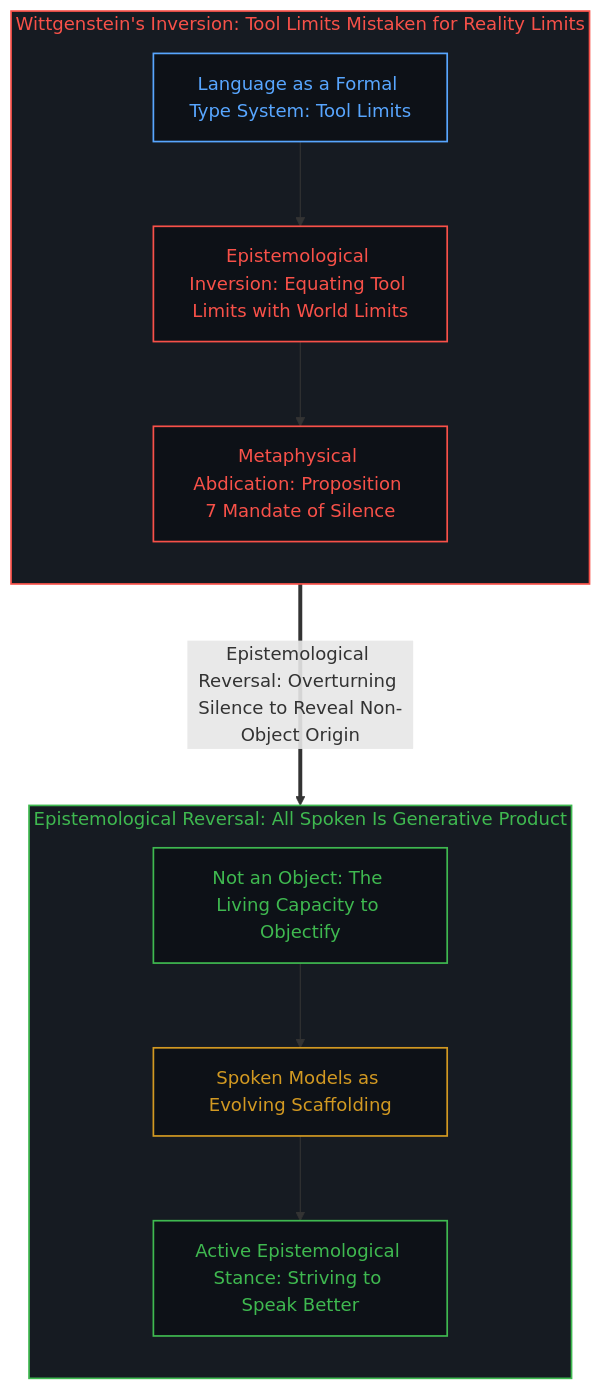
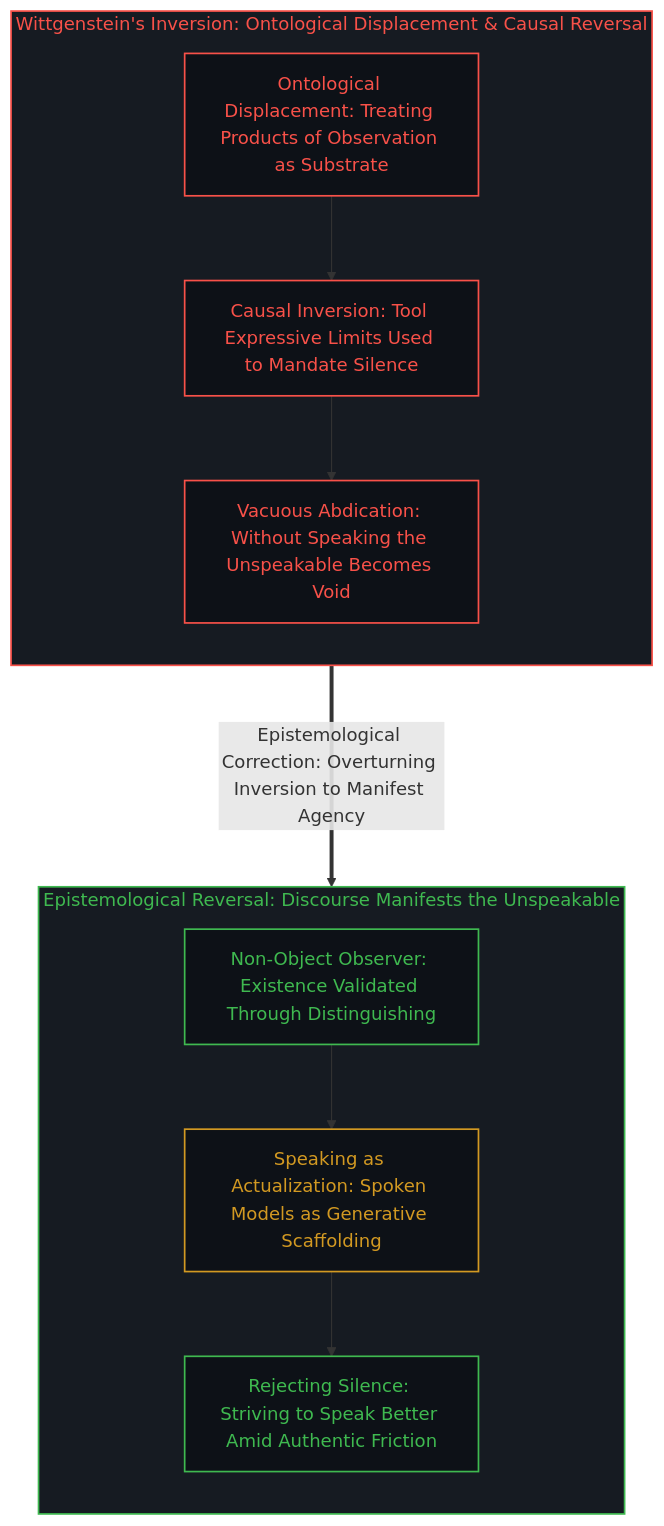
Before and after one commit to powerpig99/not-a-toe: the eighth of 10 diagrams in content/posts/all-that-can-be-spoken-is-the-product-of-the-unspeakable.md, drawn with Mermaid. The commit also changed other lines of this file and 2 other files, not shown here.

Commit message:
Refactor Section 4 to articulate Wittgenstein's causal inversion and observer-observation ontology

````diff
--- a/content/posts/all-that-can-be-spoken-is-the-product-of-the-unspeakable.md
+++ b/content/posts/all-that-can-be-spoken-is-the-product-of-the-unspeakable.md
@@ -283,29 +287,29 @@
 ```mermaid
 graph TD
     classDef default fill:#0d1117,stroke:#30363d,stroke-width:1px,color:#f0f6fc;
     classDef mind fill:#0d1117,stroke:#3fb950,stroke-width:1.5px,color:#3fb950;
     classDef failure fill:#0d1117,stroke:#f85149,stroke-width:1.5px,color:#f85149;
     classDef scaffold fill:#0d1117,stroke:#d29922,stroke-width:1.5px,color:#d29922;
     classDef model fill:#0d1117,stroke:#58a6ff,stroke-width:1.5px,color:#58a6ff;
 
-    subgraph S_Wittgenstein_EN ["Wittgenstein's Inversion: Tool Limits Mistaken for Reality Limits"]
+    subgraph S_Wittgenstein_EN ["Wittgenstein's Inversion: Ontological Displacement & Causal Reversal"]
         direction TB
-        WE1["Language as a Formal Type System: Tool Limits"]:::model
-        WE2["Epistemological Inversion: Equating Tool Limits with World Limits"]:::failure
-        WE3["Metaphysical Abdication: Proposition 7 Mandate of Silence"]:::failure
+        WE1["Ontological Displacement: Treating Products of Observation as Substrate"]:::failure
+        WE2["Causal Inversion: Tool Expressive Limits Used to Mandate Silence"]:::failure
+        WE3["Vacuous Abdication: Without Speaking the Unspeakable Becomes Void"]:::failure
         WE1 --> WE2 --> WE3
     end
 
-    subgraph S_Reconstruction_EN ["Epistemological Reversal: All Spoken Is Generative Product"]
+    subgraph S_Reconstruction_EN ["Epistemological Reversal: Discourse Manifests the Unspeakable"]
         direction TB
-        RE1["Not an Object: The Living Capacity to Objectify"]:::mind
-        RE2["Spoken Models as Evolving Scaffolding"]:::scaffold
-        RE3["Active Epistemological Stance: Striving to Speak Better"]:::mind
+        RE1["Non-Object Observer: Existence Validated Through Distinguishing"]:::mind
+        RE2["Speaking as Actualization: Spoken Models as Generative Scaffolding"]:::scaffold
+        RE3["Rejecting Silence: Striving to Speak Better Amid Authentic Friction"]:::mind
         RE1 --> RE2 --> RE3
     end
 
-    WE3 ===>|"Epistemological Reversal: Overturning Silence to Reveal Non-Object Origin"| RE1
+    WE3 ===>|"Epistemological Correction: Overturning Inversion to Manifest Agency"| RE1
 
     style S_Wittgenstein_EN fill:#161b22,stroke:#f85149,stroke-width:1.5px,color:#f85149
     style S_Reconstruction_EN fill:#161b22,stroke:#3fb950,stroke-width:1.5px,color:#3fb950
 ```
````
